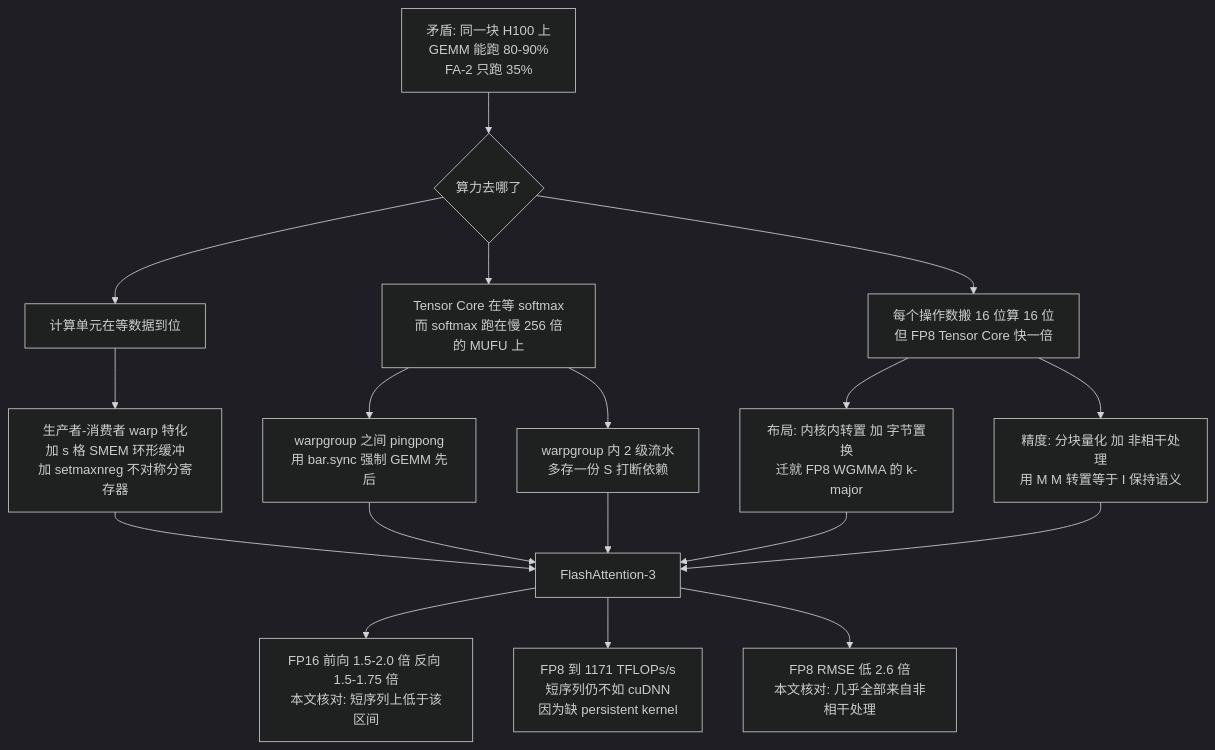
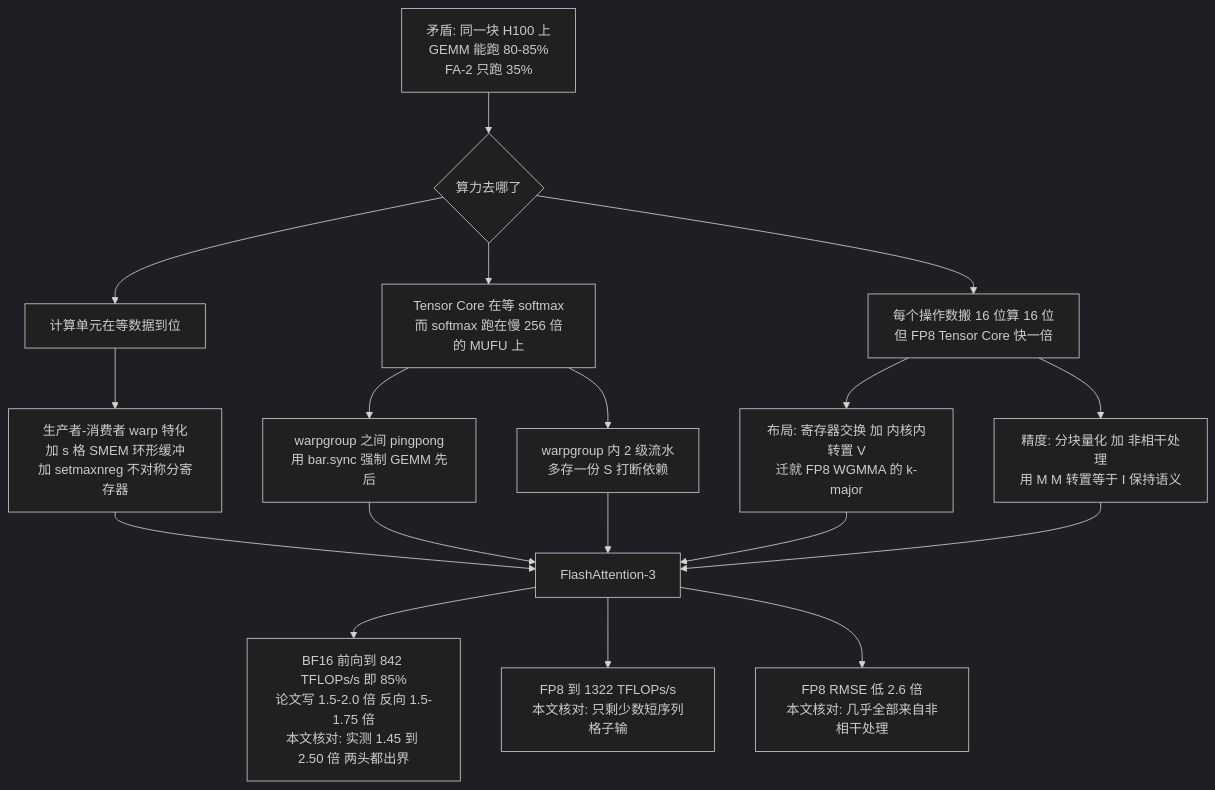
One commit to ChaoyuWang04/MockInterview changed the fifth of 5 diagrams in reports/Stanford/FlashAttention-3.md. Above: the diagram before and after it, drawn with Mermaid (dark theme). The commit also changed other lines of this file and 4 other files, not shown here.

````diff
--- a/reports/Stanford/FlashAttention-3.md
+++ b/reports/Stanford/FlashAttention-3.md
@@ -817,21 +866,21 @@
 ```mermaid
 flowchart TB
-    P[矛盾: 同一块 H100 上<br/>GEMM 能跑 80-90%<br/>FA-2 只跑 35%]
+    P[矛盾: 同一块 H100 上<br/>GEMM 能跑 80-85%<br/>FA-2 只跑 35%]
     P --> Q{算力去哪了}
     Q --> R1[计算单元在等数据到位]
     Q --> R2[Tensor Core 在等 softmax<br/>而 softmax 跑在慢 256 倍的 MUFU 上]
     Q --> R3[每个操作数搬 16 位算 16 位<br/>但 FP8 Tensor Core 快一倍]
     R1 --> S1[生产者-消费者 warp 特化<br/>加 s 格 SMEM 环形缓冲<br/>加 setmaxnreg 不对称分寄存器]
     R2 --> S2a[warpgroup 之间 pingpong<br/>用 bar.sync 强制 GEMM 先后]
     R2 --> S2b[warpgroup 内 2 级流水<br/>多存一份 S 打断依赖]
-    R3 --> S3a[布局: 内核内转置 加 字节置换<br/>迁就 FP8 WGMMA 的 k-major]
+    R3 --> S3a[布局: 寄存器交换 加 内核内转置 V<br/>迁就 FP8 WGMMA 的 k-major]
     R3 --> S3b[精度: 分块量化 加 非相干处理<br/>用 M M 转置等于 I 保持语义]
     S1 --> T[FlashAttention-3]
     S2a --> T
     S2b --> T
     S3a --> T
     S3b --> T
-    T --> U1[FP16 前向 1.5-2.0 倍 反向 1.5-1.75 倍<br/>本文核对: 短序列上低于该区间]
-    T --> U2[FP8 到 1171 TFLOPs/s<br/>短序列仍不如 cuDNN<br/>因为缺 persistent kernel]
+    T --> U1[BF16 前向到 842 TFLOPs/s 即 85%<br/>论文写 1.5-2.0 倍 反向 1.5-1.75 倍<br/>本文核对: 实测 1.45 到 2.50 倍 两头都出界]
+    T --> U2[FP8 到 1322 TFLOPs/s<br/>本文核对: 只剩少数短序列格子输]
     T --> U3[FP8 RMSE 低 2.6 倍<br/>本文核对: 几乎全部来自非相干处理]
 ```
````
